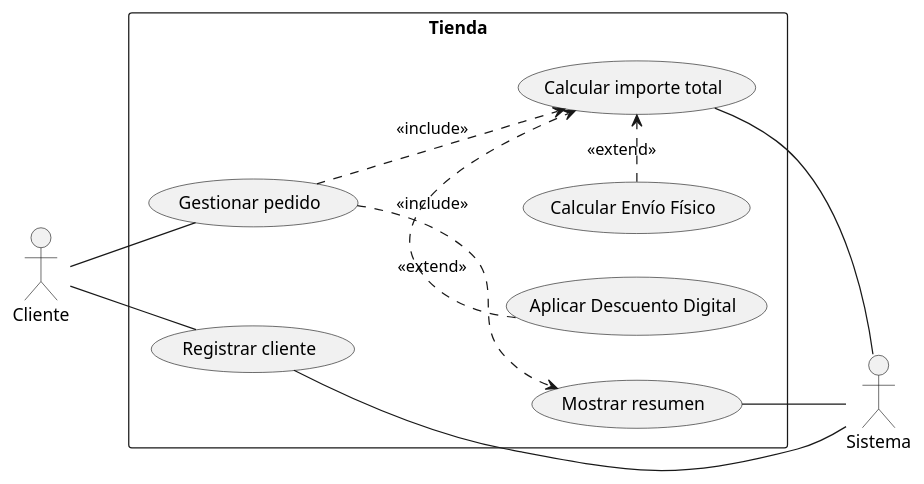
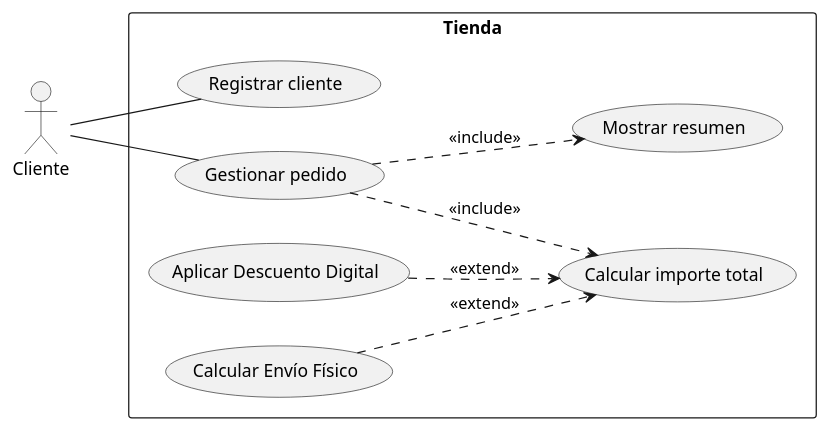
Before and after one commit to shadowbirdo/JFGonzalezPublicProjects: the diagram in Entornos de Desarrollo/Proyecto_gestionPedidos_parte2/casosDeUso.puml, drawn with PlantUML. The commit also changed 3 other files, not shown here.

Commit message:
Tweaked the behavioural diagrams for ENDES

```diff
--- a/Entornos de Desarrollo/Proyecto_gestionPedidos_parte2/casosDeUso.puml
+++ b/Entornos de Desarrollo/Proyecto_gestionPedidos_parte2/casosDeUso.puml
@@ -1,31 +1,27 @@
 @startuml
 left to right direction
 skinparam packageStyle rectangle
 
 actor "Cliente" as c
-actor "Sistema" as s
 
 rectangle "Tienda" {
     usecase "Registrar cliente" as regcliente
     usecase "Gestionar pedido" as gespedido
     
     usecase "Calcular importe total" as calcimporte
     usecase "Mostrar resumen" as resumen
     
     usecase "Aplicar Descuento Digital" as descdigital
     usecase "Calcular Envío Físico" as envio
 
     c -- regcliente
     c -- gespedido
 
-    regcliente -- s
-    calcimporte -- s
-    resumen -- s
 
     gespedido ..> calcimporte : <<include>>
     gespedido ..> resumen : <<include>>
 
-    descdigital .> calcimporte : <<extend>>
-    envio .> calcimporte : <<extend>>
+    descdigital ..> calcimporte : <<extend>>
+    envio ..> calcimporte : <<extend>>
 }
 @enduml
```
